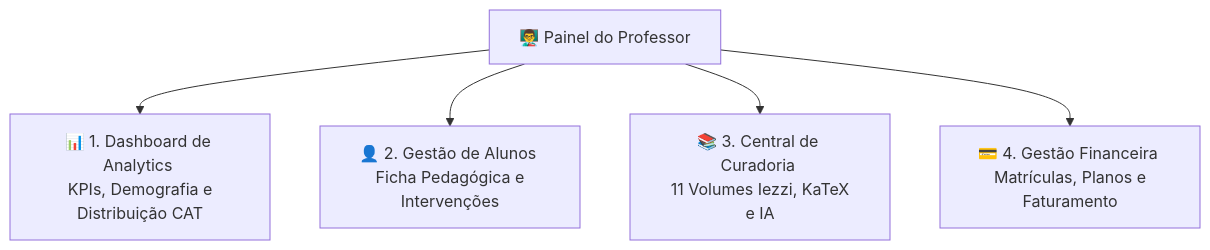
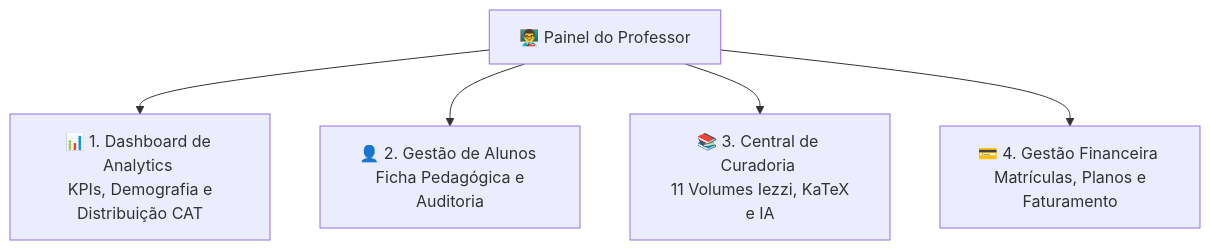
One commit to SiadeLucas/Tutor-Inteligente changed the first of 4 diagrams in docs/modules/painel-professor/index.md. Above: the diagram before and after it, drawn with Mermaid. The commit also changed other lines of this file and 40 other files, not shown here.

````diff
--- a/docs/modules/painel-professor/index.md
+++ b/docs/modules/painel-professor/index.md
@@ -36,9 +36,9 @@
 ```mermaid
 graph TD
     Teacher["👨‍🏫 Painel do Professor"]
     
     Teacher --> P1["📊 1. Dashboard de Analytics \n KPIs, Demografia e Distribuição CAT"]
-    Teacher --> P2["👤 2. Gestão de Alunos \n Ficha Pedagógica e Intervenções"]
+    Teacher --> P2["👤 2. Gestão de Alunos \n Ficha Pedagógica e Auditoria"]
     Teacher --> P3["📚 3. Central de Curadoria \n 11 Volumes Iezzi, KaTeX e IA"]
     Teacher --> P4["💳 4. Gestão Financeira \n Matrículas, Planos e Faturamento"]
 ```
````
